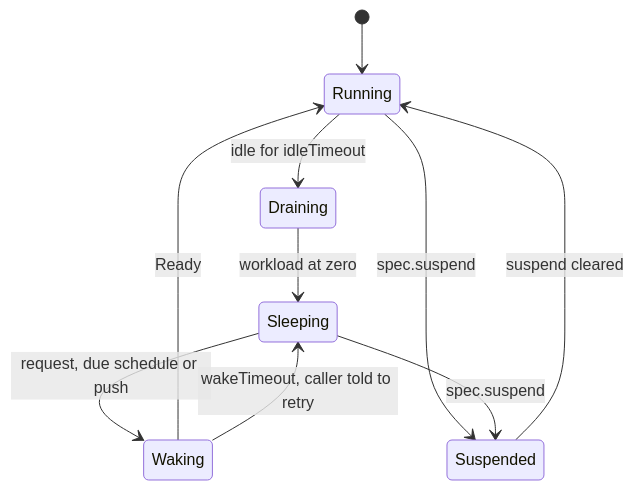
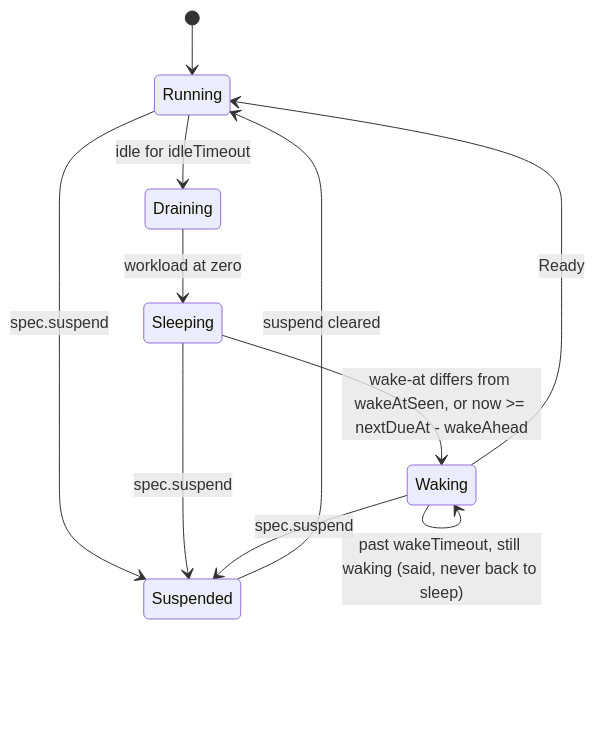
The third of 10 diagrams in docs/architecture/05-runtime.md (vymalo/another-agentic-platform), drawn with Mermaid before and after one commit. The commit also changed other lines of this file and 16 other files, not shown here.

Commit message:
feat(controller): the operator's wake path, sleep stored in status.sleep (ANR-1067, AD-058 P3a-1)

````diff
--- a/docs/architecture/05-runtime.md
+++ b/docs/architecture/05-runtime.md
@@ -235,12 +235,13 @@
 ```mermaid
 stateDiagram-v2
     [*] --> Running
     Running --> Draining: idle for idleTimeout
     Draining --> Sleeping: workload at zero
-    Sleeping --> Waking: request, due schedule or push
+    Sleeping --> Waking: wake-at differs from wakeAtSeen, or now >= nextDueAt - wakeAhead
     Waking --> Running: Ready
-    Waking --> Sleeping: wakeTimeout, caller told to retry
+    Waking --> Waking: past wakeTimeout, still waking (said, never back to sleep)
     Running --> Suspended: spec.suspend
     Sleeping --> Suspended: spec.suspend
+    Waking --> Suspended: spec.suspend
     Suspended --> Running: suspend cleared
 ```
````
